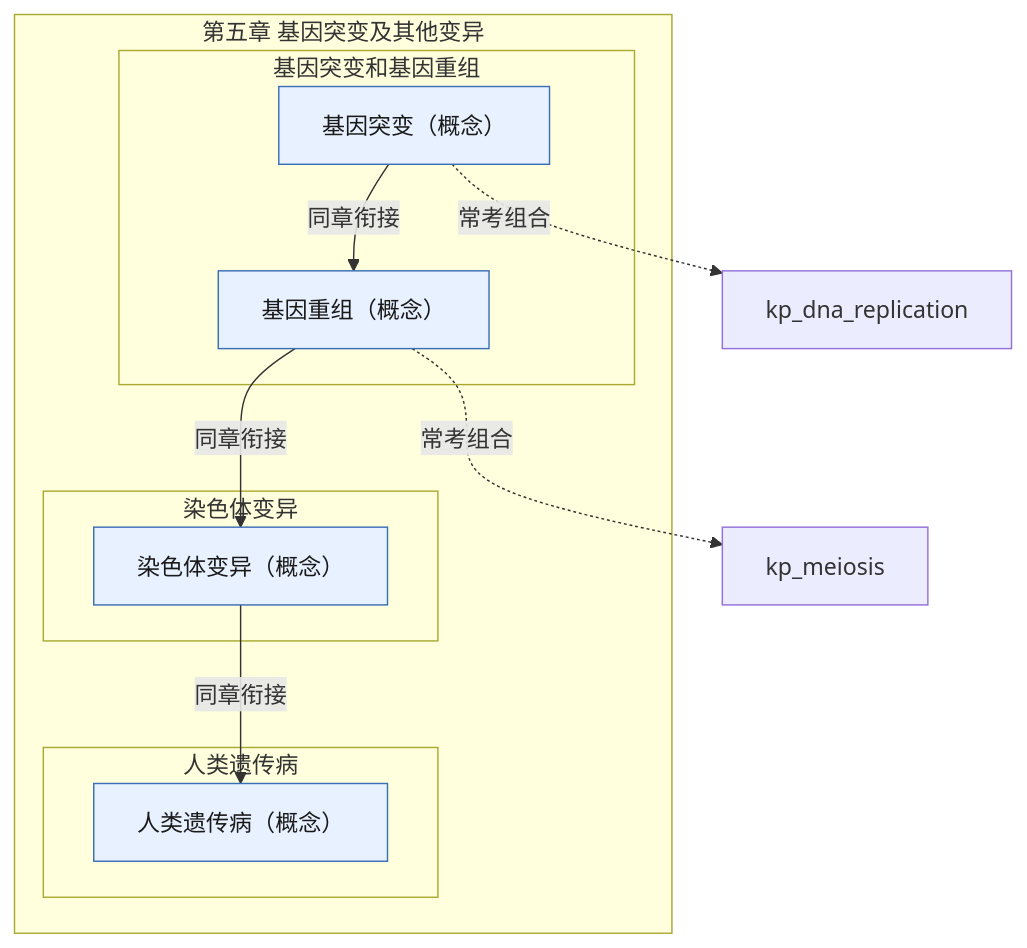
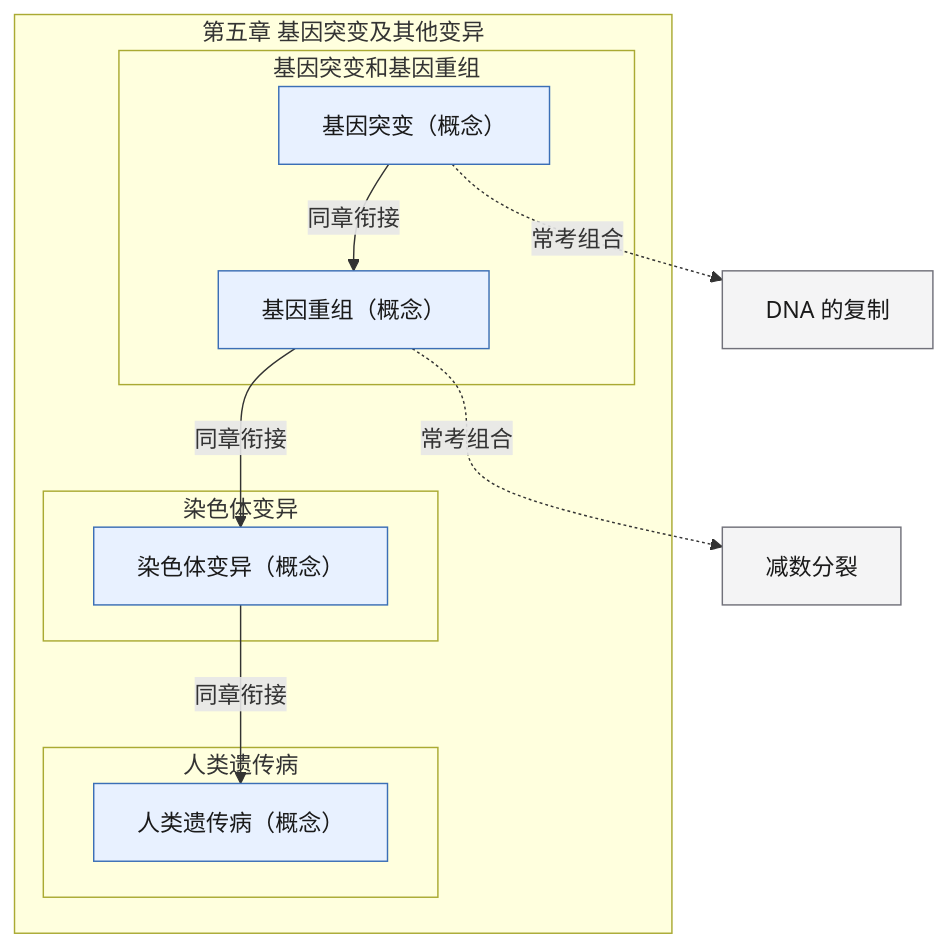
Before and after one commit to lihenair/high-school-ai-tutor-skill: the diagram in skills/high-school-ai-tutor/references/pep-bio-bx2-ch5.md, drawn with Mermaid. The commit also changed 20 other files, not shown here.

Commit message:
feat(graph): 跨章常考组合渲染为中文显示名（灰色外部节点），不再显示英文代号

````diff
--- a/skills/high-school-ai-tutor/references/pep-bio-bx2-ch5.md
+++ b/skills/high-school-ai-tutor/references/pep-bio-bx2-ch5.md
@@ -5,24 +5,24 @@
 ```mermaid
 flowchart TD
   classDef concept fill:#E8F1FF,stroke:#3B6FB6,color:#1A1A1A
   classDef skill fill:#E7F6EE,stroke:#2E7D4F,color:#1A1A1A
   classDef experiment fill:#FFF4E5,stroke:#C47B17,color:#1A1A1A
   classDef later fill:#F4F4F5,stroke:#71717A,color:#1A1A1A
   subgraph ch["第五章 基因突变及其他变异"]
     subgraph s1["基因突变和基因重组"]
       kp_gene_mutation["基因突变（概念）"]:::concept
       kp_gene_recombination["基因重组（概念）"]:::concept
     end
     subgraph s2["染色体变异"]
       kp_chromosome_variation["染色体变异（概念）"]:::concept
     end
     subgraph s3["人类遗传病"]
       kp_human_genetic_disease["人类遗传病（概念）"]:::concept
     end
   end
   kp_gene_mutation -->|同章衔接| kp_gene_recombination
   kp_gene_recombination -->|同章衔接| kp_chromosome_variation
   kp_chromosome_variation -->|同章衔接| kp_human_genetic_disease
-  kp_gene_mutation -.->|常考组合| kp_dna_replication
-  kp_gene_recombination -.->|常考组合| kp_meiosis
+  kp_gene_mutation -.->|常考组合| kp_dna_replication["DNA 的复制"]:::later
+  kp_gene_recombination -.->|常考组合| kp_meiosis["减数分裂"]:::later
 ```
````
